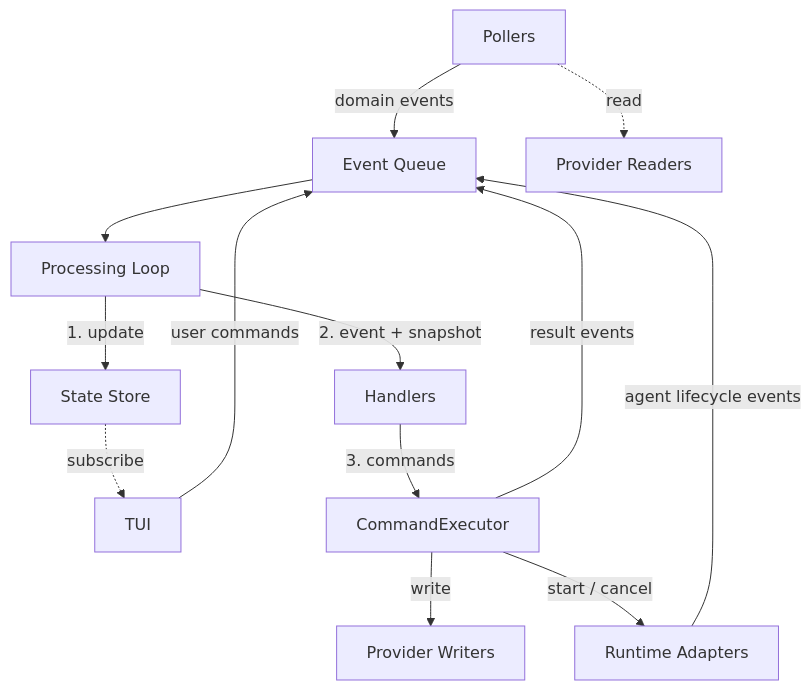
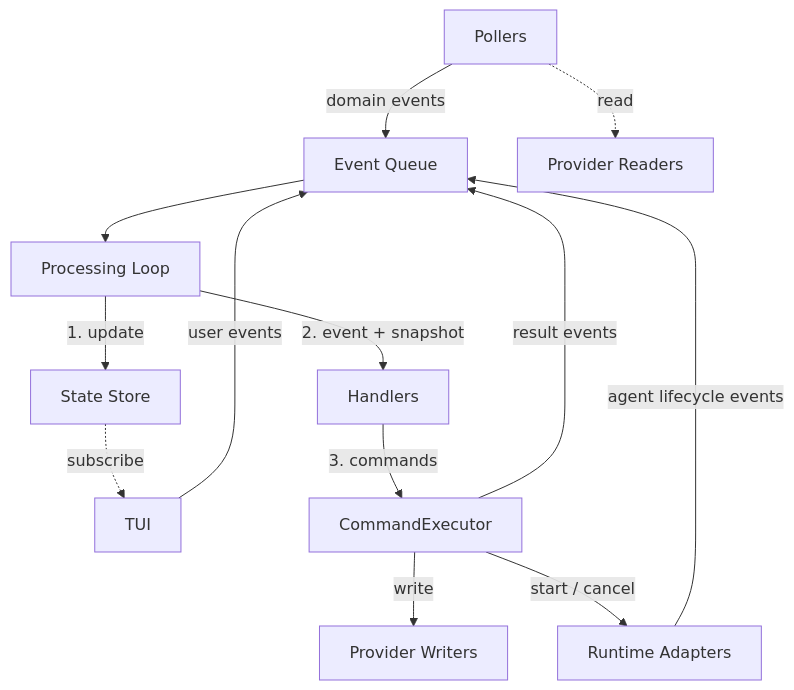
Before and after one commit to zgeoff/decree: the diagram in docs/specs/decree/v2/002-architecture.md, drawn with Mermaid. The commit also changed other lines of this file and 12 other files, not shown here.

First line of the commit message:
docs(v2): rework engine spec and align sub-specs for v2 architecture

````diff
--- a/docs/specs/decree/v2/002-architecture.md
+++ b/docs/specs/decree/v2/002-architecture.md
@@ -549,16 +549,16 @@
 ```mermaid
 flowchart TD
     P[Pollers] -->|domain events| Q[Event Queue]
     RA[Runtime Adapters] -->|agent lifecycle events| Q
-    TUI -->|user commands| Q
+    TUI -->|user events| Q
 
     Q --> Loop[Processing Loop]
     Loop -->|1. update| Store[State Store]
     Loop -->|2. event + snapshot| H[Handlers]
     H -->|3. commands| CE[CommandExecutor]
     CE -->|result events| Q
     CE -->|write| PW[Provider Writers]
     CE -->|start / cancel| RA
     P -.->|read| PR[Provider Readers]
     Store -.->|subscribe| TUI
 ```
````
